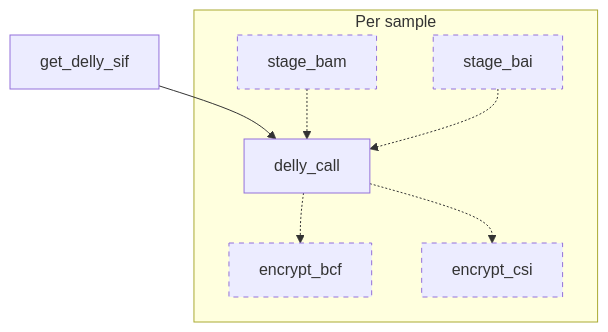
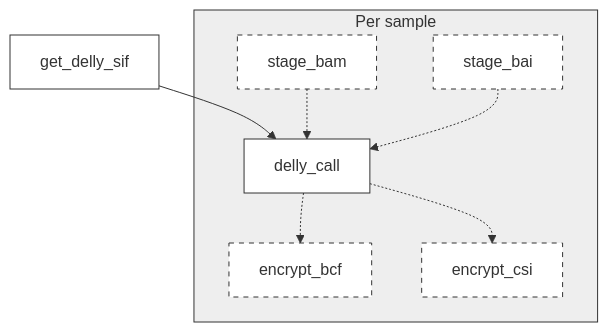
One commit to tomdrever/ega2germlinedelly changed the diagram in README.md. Above: the diagram before and after it, drawn with Mermaid. The commit also changed other lines of this file and 1 other file, not shown here.

Commit message:
Mermaid diagram styling and more information in README and config.json.template

````diff
--- a/README.md
+++ b/README.md
@@ -5,15 +5,19 @@
 ```mermaid
 flowchart TB
 
 get_delly_sif --> delly_call
 
 subgraph per_sample["Per sample"]
 stage_bam -.-> delly_call
 stage_bai -.-> delly_call
 delly_call -.-> encrypt_bcf
 delly_call -.-> encrypt_csi
-class stage_bam,stage_bai,encrypt_bcf,encrypt_csi opt
 end
 
+style per_sample fill:#eee,stroke:#333
+
+class stage_bam,stage_bai,encrypt_bcf,encrypt_csi opt
+class get_delly_sif,stage_bam,stage_bai,delly_call,encrypt_bcf,encrypt_csi node
 classDef opt stroke-dasharray: 5 5
+classDef node fill:#fff,stroke:#333
 ```
````
